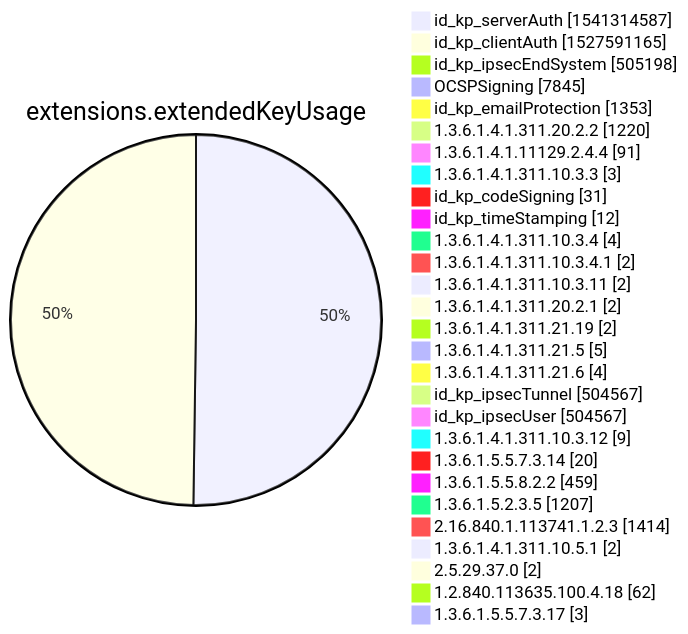
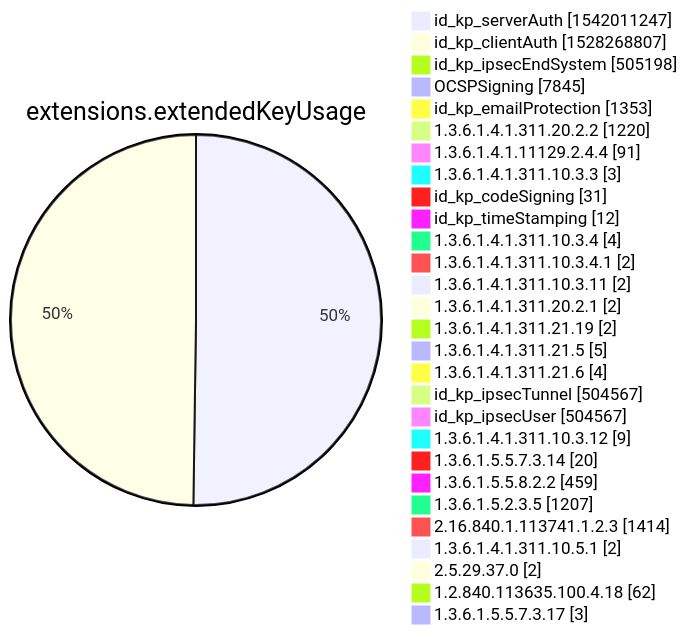
Diagram 12 of 15 in xenon2022/README.md (christiankrug/ctmonitor_visualization), drawn with Mermaid before and after one commit. The commit also changed other lines of this file, not shown here.

````diff
--- a/xenon2022/README.md
+++ b/xenon2022/README.md
@@ -3880,32 +3880,32 @@
 ```mermaid
 pie showData
 title extensions.extendedKeyUsage
-"id_kp_serverAuth" :1541314587
-"id_kp_clientAuth" :1527591165
+"id_kp_serverAuth" :1542011247
+"id_kp_clientAuth" :1528268807
 "id_kp_ipsecEndSystem" :505198
 "OCSPSigning" :7845
 "id_kp_emailProtection" :1353
 "1.3.6.1.4.1.311.20.2.2" :1220
 "1.3.6.1.4.1.11129.2.4.4" :91
 "1.3.6.1.4.1.311.10.3.3" :3
 "id_kp_codeSigning" :31
 "id_kp_timeStamping" :12
 "1.3.6.1.4.1.311.10.3.4" :4
 "1.3.6.1.4.1.311.10.3.4.1" :2
 "1.3.6.1.4.1.311.10.3.11" :2
 "1.3.6.1.4.1.311.20.2.1" :2
 "1.3.6.1.4.1.311.21.19" :2
 "1.3.6.1.4.1.311.21.5" :5
 "1.3.6.1.4.1.311.21.6" :4
 "id_kp_ipsecTunnel" :504567
 "id_kp_ipsecUser" :504567
 "1.3.6.1.4.1.311.10.3.12" :9
 "1.3.6.1.5.5.7.3.14" :20
 "1.3.6.1.5.5.8.2.2" :459
 "1.3.6.1.5.2.3.5" :1207
 "2.16.840.1.113741.1.2.3" :1414
 "1.3.6.1.4.1.311.10.5.1" :2
 "2.5.29.37.0" :2
 "1.2.840.113635.100.4.18" :62
 "1.3.6.1.5.5.7.3.17" :3
 ```
````
